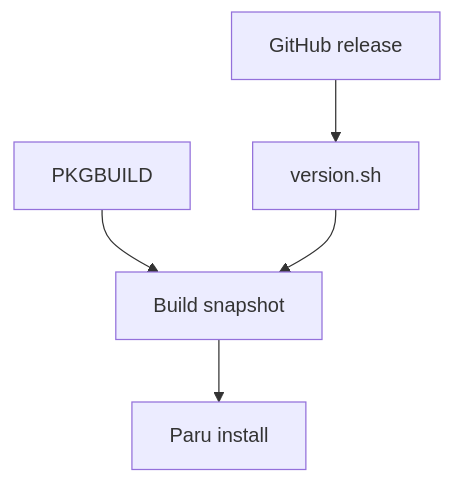
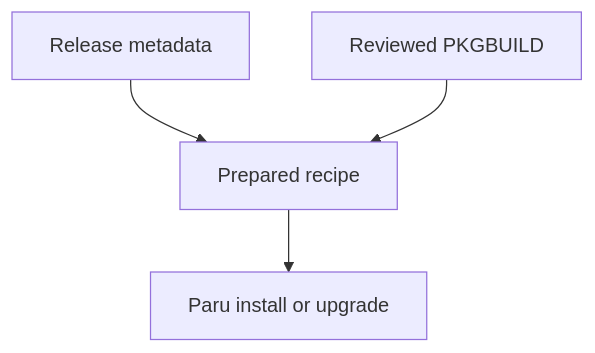
The diagram in docs/content/package-management.md (sneivandt/dotfiles), drawn with Mermaid before and after one commit. The commit also changed other lines of this file and 7 other files, not shown here.

````diff
--- a/docs/content/package-management.md
+++ b/docs/content/package-management.md
@@ -241,9 +194,8 @@
 ```mermaid
 flowchart TB
     accTitle: Preparing and installing a custom Arch package
-    accDescr: GitHub release metadata updates version.sh pins. The pins and reviewed PKGBUILD form a snapshot that Paru can build and install.
-    Release["GitHub release"] --> Pins["version.sh"]
-    Recipe["PKGBUILD"] --> Snapshot["Build snapshot"]
-    Pins --> Snapshot
-    Snapshot --> Paru["Paru install"]
+    accDescr: Release metadata and reviewed recipes produce snapshots for Paru. Package installation or upgrade is a separate step.
+    Release["Release metadata"] --> Snapshot["Prepared recipe"]
+    Recipe["Reviewed PKGBUILD"] --> Snapshot
+    Snapshot --> Paru["Paru install or upgrade"]
 ```
````
